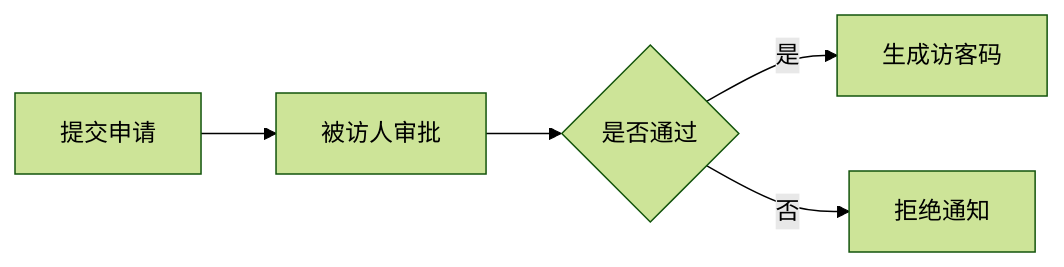
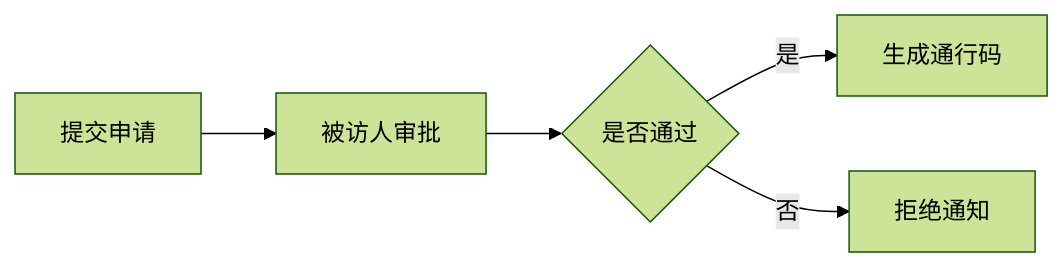
Before and after one commit to yuhaibao39/n8ndeploy: the second of 2 diagrams in devel/requirement.md, drawn with Mermaid (forest theme). The commit also changed other lines of this file, not shown here.

````diff
--- a/devel/requirement.md
+++ b/devel/requirement.md
@@ -30,7 +45,7 @@
 ```mermaid
 graph LR
     A[提交申请] --> B[被访人审批]
     B --> C{是否通过}
-    C -->|是| D[生成访客码]
+    C -->|是| D[生成通行码]
     C -->|否| E[拒绝通知]
 ```
````
